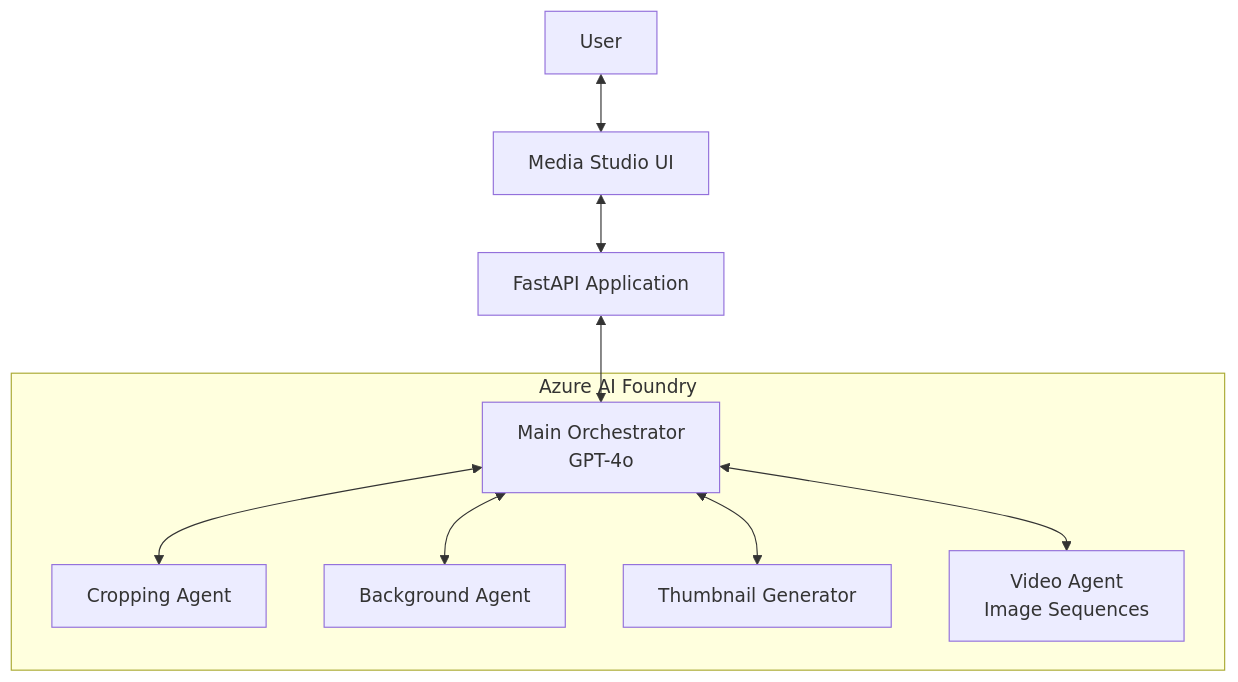
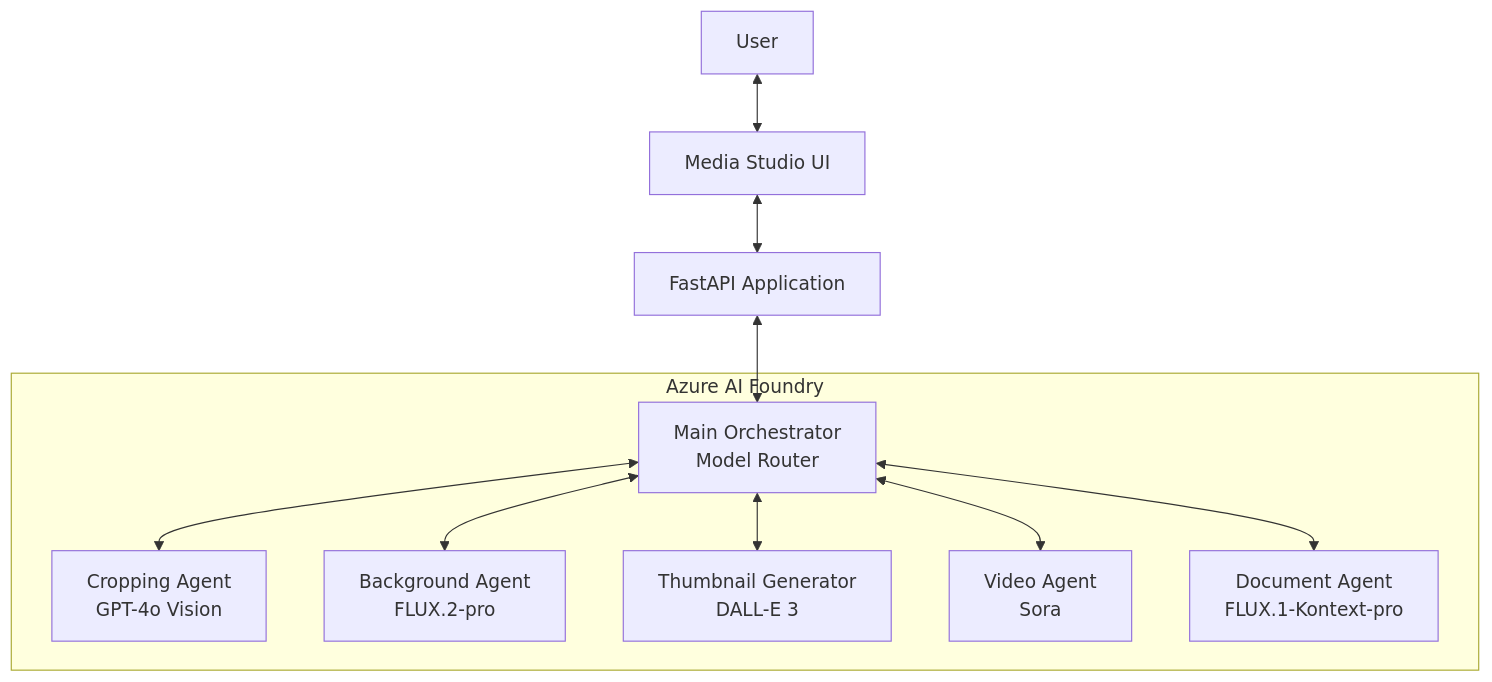
One commit to MicrosoftCloudEssentials-LearningHub/Agentic-AI-Media-Assistant changed the diagram in README.md. Above: the diagram before and after it, drawn with Mermaid. The commit also changed other lines of this file and 6 other files, not shown here.

Commit message:
document agent added

````diff
--- a/README.md
+++ b/README.md
@@ -102,19 +106,21 @@
 ```mermaid
 graph TD
     User[User] <--> UI[Media Studio UI]
     UI <--> App[FastAPI Application]
-    App <--> Orchestrator[Main Orchestrator<br/>GPT-4o]
+    App <--> Orchestrator[Main Orchestrator<br/>Model Router]
     
-    Orchestrator <--> Crop[Cropping Agent]
-    Orchestrator <--> BG[Background Agent]
-    Orchestrator <--> Thumb[Thumbnail Generator]
-    Orchestrator <--> Video[Video Agent<br/>Image Sequences]
+    Orchestrator <--> Crop[Cropping Agent<br/>GPT-4o Vision]
+    Orchestrator <--> BG[Background Agent<br/>FLUX.2-pro]
+    Orchestrator <--> Thumb[Thumbnail Generator<br/>DALL-E 3]
+    Orchestrator <--> Video[Video Agent<br/>Sora]
+    Orchestrator <--> Doc[Document Agent<br/>FLUX.1-Kontext-pro]
     
     subgraph "Azure AI Foundry"
         Orchestrator
         Crop
         BG
         Thumb
         Video
+        Doc
     end
 ```
````
